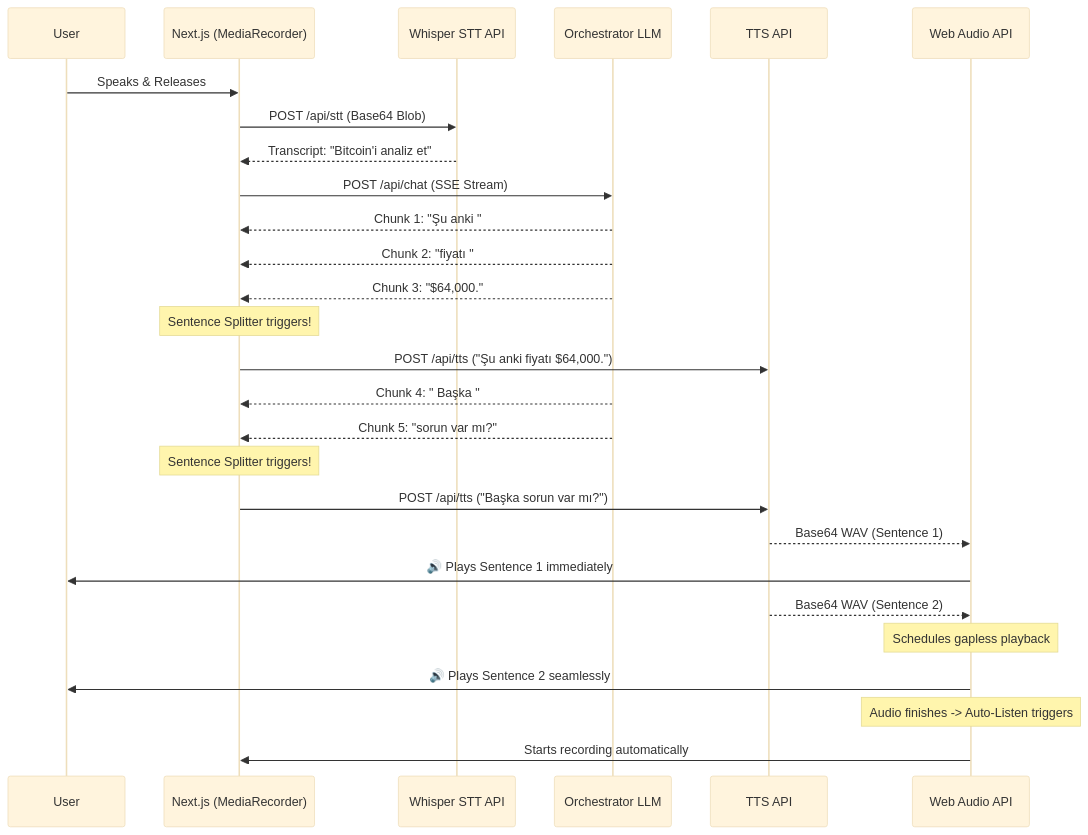
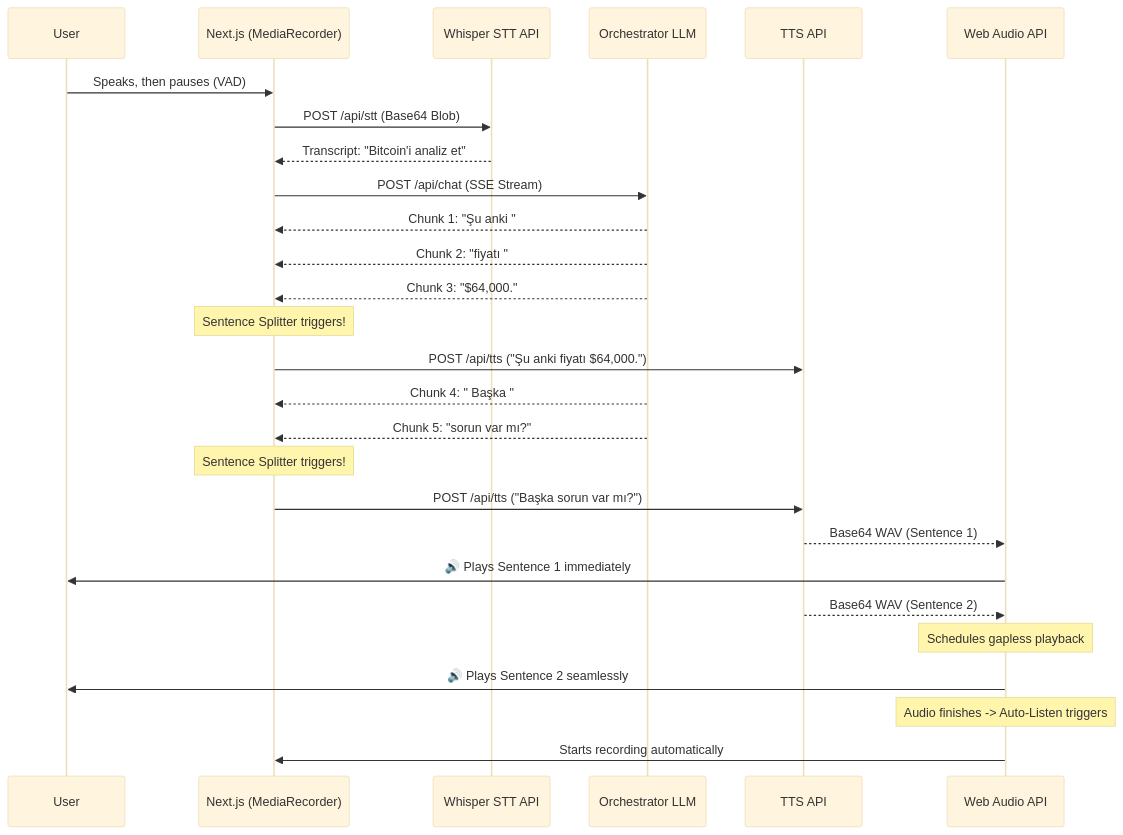
Before and after one commit to emrullahccelik/TradeSwarm: the second of 2 diagrams in README.md, drawn with Mermaid (base theme). The commit also changed other lines of this file and 4 other files, not shown here.

````diff
--- a/README.md
+++ b/README.md
@@ -69,33 +92,33 @@
 ```mermaid
 sequenceDiagram
     participant User
     participant Mic as Next.js (MediaRecorder)
     participant STT as Whisper STT API
     participant LLM as Orchestrator LLM
     participant TTS as TTS API
     participant Audio as Web Audio API
     
-    User->>Mic: Speaks & Releases
+    User->>Mic: Speaks, then pauses (VAD)
     Mic->>STT: POST /api/stt (Base64 Blob)
     STT-->>Mic: Transcript: "Bitcoin'i analiz et"
     Mic->>LLM: POST /api/chat (SSE Stream)
     
     LLM-->>Mic: Chunk 1: "Şu anki "
     LLM-->>Mic: Chunk 2: "fiyatı "
     LLM-->>Mic: Chunk 3: "$64,000."
     Note over Mic: Sentence Splitter triggers!
     Mic->>TTS: POST /api/tts ("Şu anki fiyatı $64,000.")
     
     LLM-->>Mic: Chunk 4: " Başka "
     LLM-->>Mic: Chunk 5: "sorun var mı?"
     Note over Mic: Sentence Splitter triggers!
     Mic->>TTS: POST /api/tts ("Başka sorun var mı?")
     
     TTS-->>Audio: Base64 WAV (Sentence 1)
     Audio->>User: 🔊 Plays Sentence 1 immediately
     TTS-->>Audio: Base64 WAV (Sentence 2)
     Note over Audio: Schedules gapless playback
     Audio->>User: 🔊 Plays Sentence 2 seamlessly
     Note over Audio: Audio finishes -> Auto-Listen triggers
     Audio->>Mic: Starts recording automatically
 ```
````
